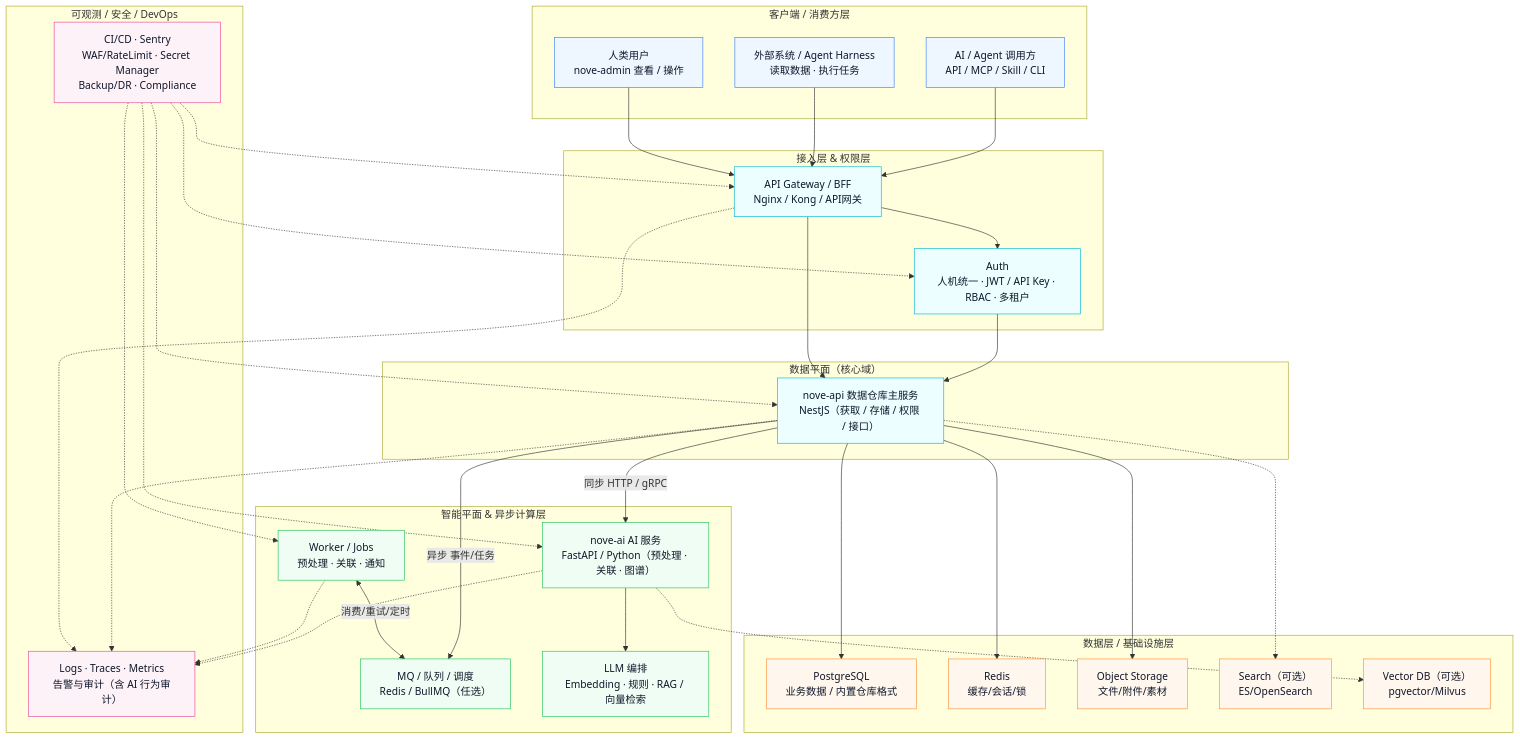
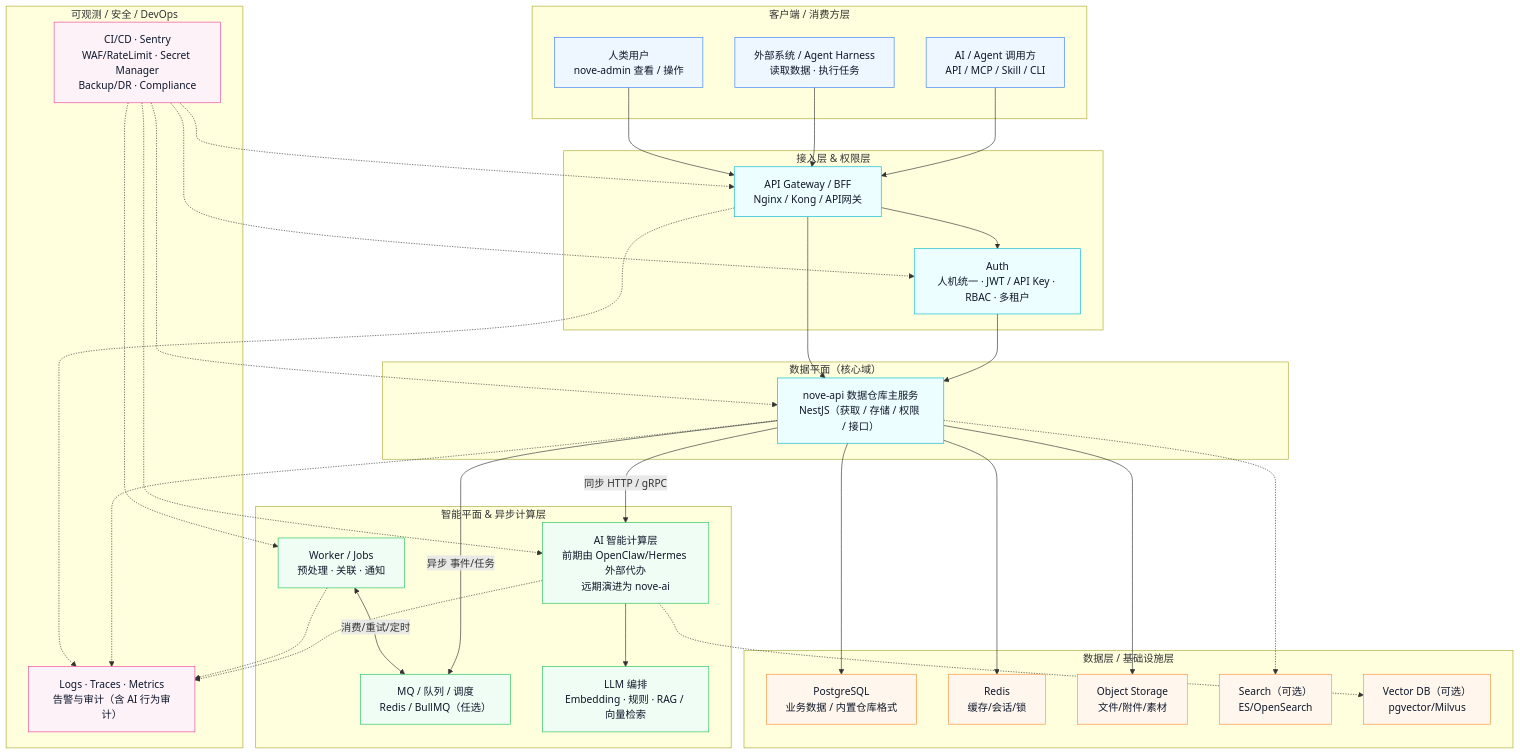
The second of 2 diagrams in architecture/system-overview.md (lulabs-org/nove-doc), drawn with Mermaid before and after one commit. The commit also changed other lines of this file and 9 other files, not shown here.

Commit message:
docs: update project architecture and roadmap documentation and add product philosophy guide

````diff
--- a/architecture/system-overview.md
+++ b/architecture/system-overview.md
@@ -125,82 +126,82 @@
 ```mermaid
 flowchart TB
   %% ========= 样式 =========
   classDef client fill:#eef6ff,stroke:#3b82f6,stroke-width:1px,color:#0f172a;
   classDef core fill:#ecfeff,stroke:#06b6d4,stroke-width:1px,color:#0f172a;
   classDef svc fill:#f0fdf4,stroke:#22c55e,stroke-width:1px,color:#0f172a;
   classDef data fill:#fff7ed,stroke:#fb923c,stroke-width:1px,color:#0f172a;
   classDef ops fill:#fdf2f8,stroke:#ec4899,stroke-width:1px,color:#0f172a;
 
   %% ========= 客户端 / 消费方 =========
   subgraph L1["客户端 / 消费方层"]
     U1["AI / Agent 调用方<br/>API / MCP / Skill / CLI"]:::client
     U2["外部系统 / Agent Harness<br/>读取数据 · 执行任务"]:::client
     U3["人类用户<br/>nove-admin 查看 / 操作"]:::client
   end
 
   %% ========= 接入与权限 =========
   subgraph L2["接入层 & 权限层"]
     GW["API Gateway / BFF<br/>Nginx / Kong / API网关"]:::core
     AUTH["Auth<br/>人机统一 · JWT / API Key · RBAC · 多租户"]:::core
   end
 
   %% ========= 数据仓库主服务 =========
   subgraph L3["数据平面（核心域）"]
     API["nove-api 数据仓库主服务<br/>NestJS（获取 / 存储 / 权限 / 接口）"]:::core
   end
 
   %% ========= 智能与异步 =========
   subgraph L4["智能平面 & 异步计算层"]
-    AI["nove-ai AI 服务<br/>FastAPI / Python（预处理 · 关联 · 图谱）"]:::svc
+    AI["AI 智能计算层<br/>前期由 OpenClaw/Hermes 外部代办<br/>远期演进为 nove-ai"]:::svc
     WORKER["Worker / Jobs<br/>预处理 · 关联 · 通知"]:::svc
     MQ["MQ / 队列 / 调度<br/>Redis / BullMQ（任选）"]:::svc
     LLM["LLM 编排<br/>Embedding · 规则 · RAG / 向量检索"]:::svc
   end
 
   %% ========= 数据与基础设施 =========
   subgraph L5["数据层 / 基础设施层"]
     PG["PostgreSQL<br/>业务数据 / 内置仓库格式"]:::data
     REDIS["Redis<br/>缓存/会话/锁"]:::data
     OBJ["Object Storage<br/>文件/附件/素材"]:::data
     SEARCH["Search（可选）<br/>ES/OpenSearch"]:::data
     VECTOR["Vector DB（可选）<br/>pgvector/Milvus"]:::data
   end
 
   %% ========= 可观测与安全 =========
   subgraph L6["可观测 / 安全 / DevOps"]
     OBS["Logs · Traces · Metrics<br/>告警与审计（含 AI 行为审计）"]:::ops
     DEVOPS["CI/CD · Sentry<br/>WAF/RateLimit · Secret Manager<br/>Backup/DR · Compliance"]:::ops
   end
 
   %% ========= 流向 =========
   U1 --> GW
   U2 --> GW
   U3 --> GW
 
   GW --> AUTH
   AUTH --> API
   GW --> API
 
   API -->|同步 HTTP / gRPC| AI
   API -->|异步 事件/任务| MQ
   WORKER <-->|消费/重试/定时| MQ
 
   AI --> LLM
 
   API --> PG
   API --> REDIS
   API --> OBJ
   API -.-> SEARCH
   AI -.-> VECTOR
 
   API -.-> OBS
   AI -.-> OBS
   WORKER -.-> OBS
   GW -.-> OBS
 
   DEVOPS -.-> GW
   DEVOPS -.-> AUTH
   DEVOPS -.-> API
   DEVOPS -.-> AI
   DEVOPS -.-> WORKER
 ```
````
